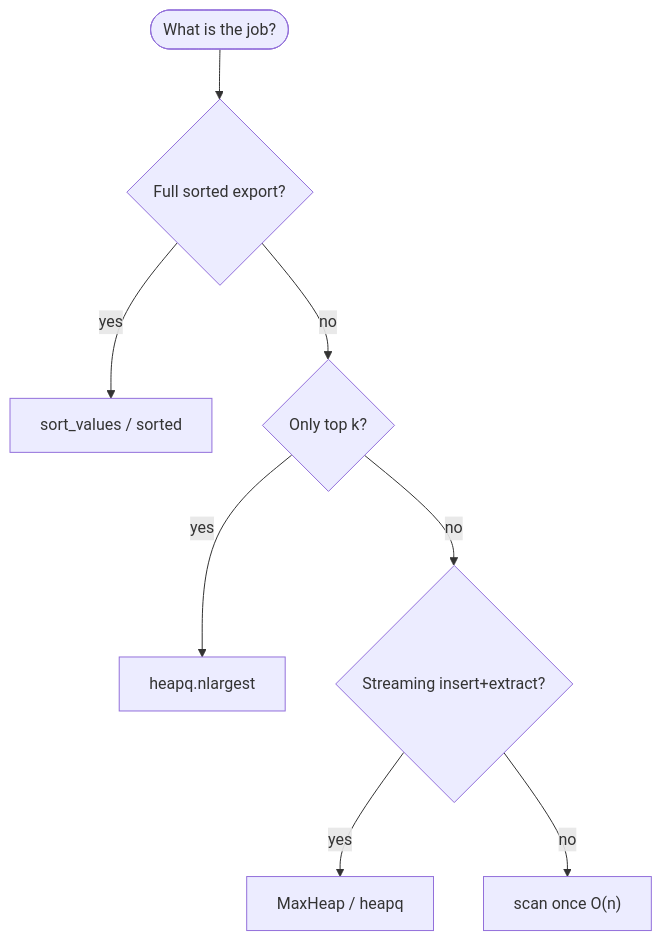
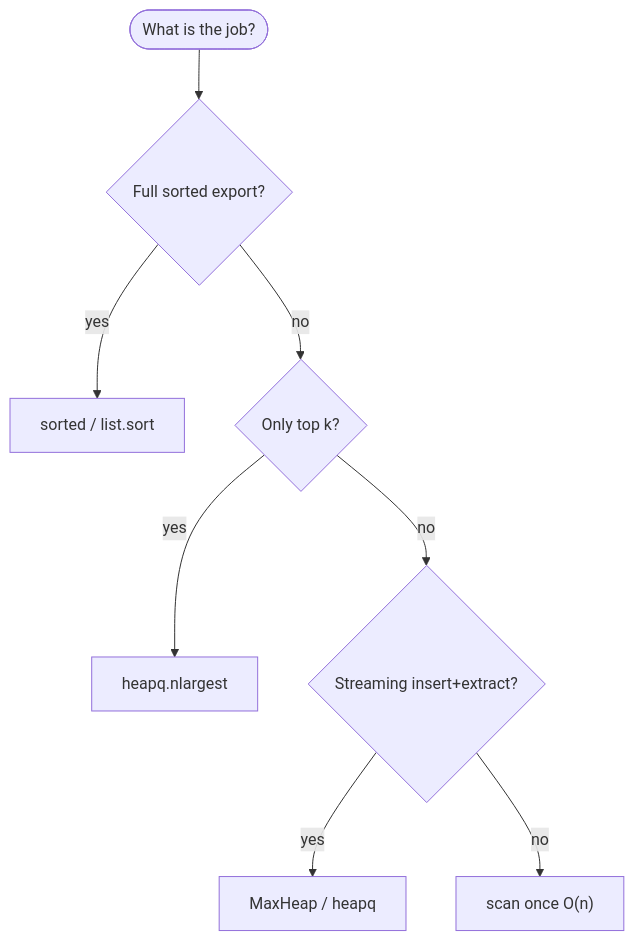
Before and after one commit to qgjones9/python-programming-guide: the eighth of 8 diagrams in docs/dsa/data-structures/max-heap/index.md, drawn with Mermaid. The commit also changed other lines of this file and 31 other files, not shown here.

````diff
--- a/docs/dsa/data-structures/max-heap/index.md
+++ b/docs/dsa/data-structures/max-heap/index.md
@@ -748,11 +747,11 @@
 ```mermaid
 flowchart TD
-  Q([What is the job?])
-  Q --> F{Full sorted export?}
-  F -->|yes| SORT["sort_values / sorted"]
-  F -->|no| K{Only top k?}
-  K -->|yes| NL["heapq.nlargest"]
-  K -->|no| S{Streaming insert+extract?}
-  S -->|yes| HEAP["MaxHeap / heapq"]
-  S -->|no| LIST["scan once O(n)"]
+ Q([What is the job?])
+ Q --> F{Full sorted export?}
+ F -->|yes| SORT["sorted / list.sort"]
+ F -->|no| K{Only top k?}
+ K -->|yes| NL["heapq.nlargest"]
+ K -->|no| S{Streaming insert+extract?}
+ S -->|yes| HEAP["MaxHeap / heapq"]
+ S -->|no| LIST["scan once O(n)"]
 ```
````
